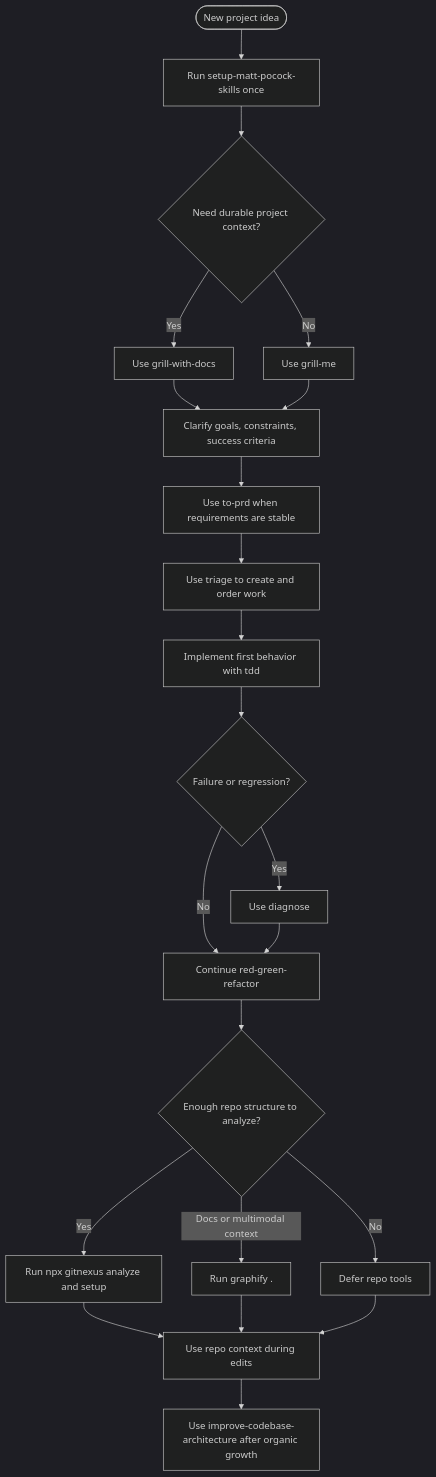
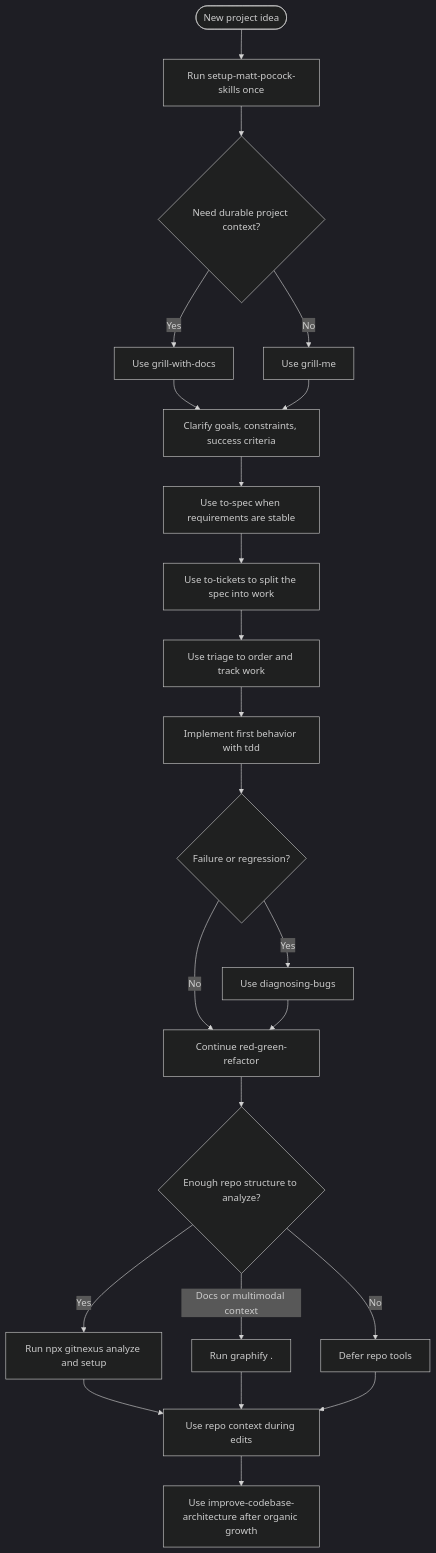
The diagram in docs/getting-started-new-project.md (AdebayoBraimah/Install-Local-Skills), drawn with Mermaid (dark theme) before and after one commit. The commit also changed other lines of this file and 10 other files, not shown here.

````diff
--- a/docs/getting-started-new-project.md
+++ b/docs/getting-started-new-project.md
@@ -75,24 +76,25 @@
 ```mermaid
 flowchart TD
     A([New project idea]) --> B[Run setup-matt-pocock-skills once]
     B --> C{Need durable project context?}
     C -->|Yes| D[Use grill-with-docs]
     C -->|No| E[Use grill-me]
     D --> F[Clarify goals, constraints, success criteria]
     E --> F
-    F --> G[Use to-prd when requirements are stable]
-    G --> H[Use triage to create and order work]
+    F --> G[Use to-spec when requirements are stable]
+    G --> GT[Use to-tickets to split the spec into work]
+    GT --> H[Use triage to order and track work]
     H --> I[Implement first behavior with tdd]
     I --> J{Failure or regression?}
-    J -->|Yes| K[Use diagnose]
+    J -->|Yes| K[Use diagnosing-bugs]
     J -->|No| L[Continue red-green-refactor]
     K --> L
     L --> M{Enough repo structure to analyze?}
     M -->|Yes| N[Run npx gitnexus analyze and setup]
     M -->|Docs or multimodal context| O[Run graphify .]
     M -->|No| P[Defer repo tools]
     N --> Q[Use repo context during edits]
     O --> Q
     P --> Q
     Q --> R[Use improve-codebase-architecture after organic growth]
 ```
````
